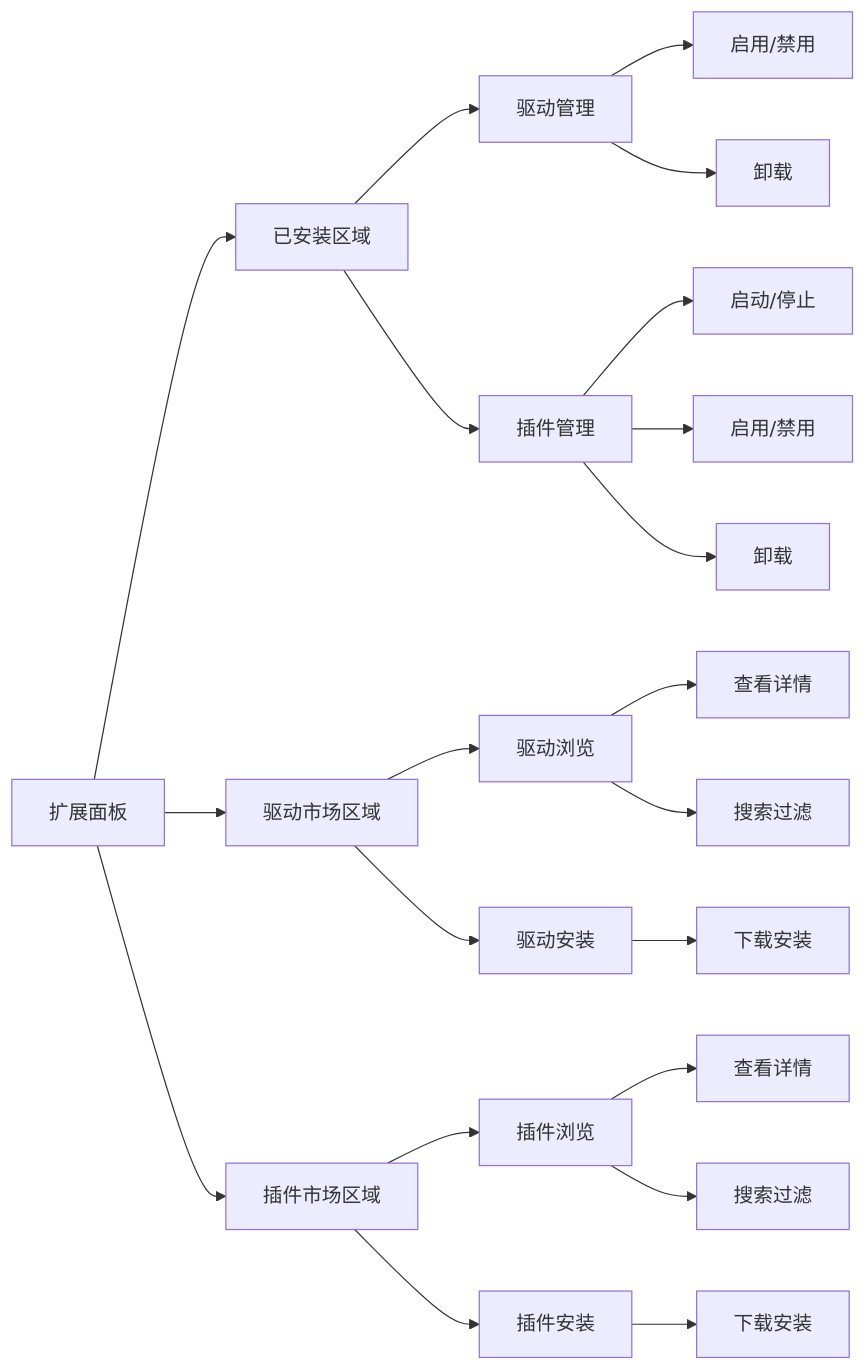
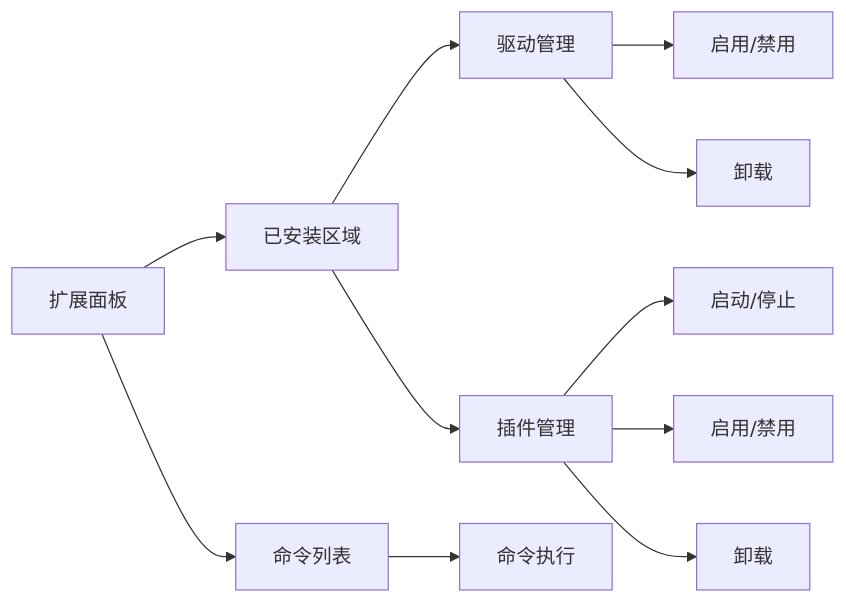
One commit to jakecai1225-design/OpenBus changed the fifth of 13 diagrams in .qoder/repowiki/zh/content/架构设计/插件系统架构/扩展面板系统.md. Above: the diagram before and after it, drawn with Mermaid. The commit also changed other lines of this file and 92 other files, not shown here.

````diff
--- a/.qoder/repowiki/zh/content/架构设计/插件系统架构/扩展面板系统.md
+++ b/.qoder/repowiki/zh/content/架构设计/插件系统架构/扩展面板系统.md
@@ -319,23 +311,13 @@
 ```mermaid
 flowchart LR
 A["扩展面板"] --> B["已安装区域"]
-A --> C["驱动市场区域"]
-A --> D["插件市场区域"]
-B --> E["驱动管理"]
-B --> F["插件管理"]
-C --> G["驱动浏览"]
-C --> H["驱动安装"]
-D --> I["插件浏览"]
-D --> J["插件安装"]
-E --> K["启用/禁用"]
-E --> L["卸载"]
-F --> M["启动/停止"]
-F --> N["启用/禁用"]
-F --> O["卸载"]
-G --> P["查看详情"]
-G --> Q["搜索过滤"]
-H --> R["下载安装"]
-I --> S["查看详情"]
-I --> T["搜索过滤"]
-J --> U["下载安装"]
+A --> C["命令列表"]
+B --> D["驱动管理"]
+B --> E["插件管理"]
+D --> F["启用/禁用"]
+D --> G["卸载"]
+E --> H["启动/停止"]
+E --> I["启用/禁用"]
+E --> J["卸载"]
+C --> K["命令执行"]
 ```
````
